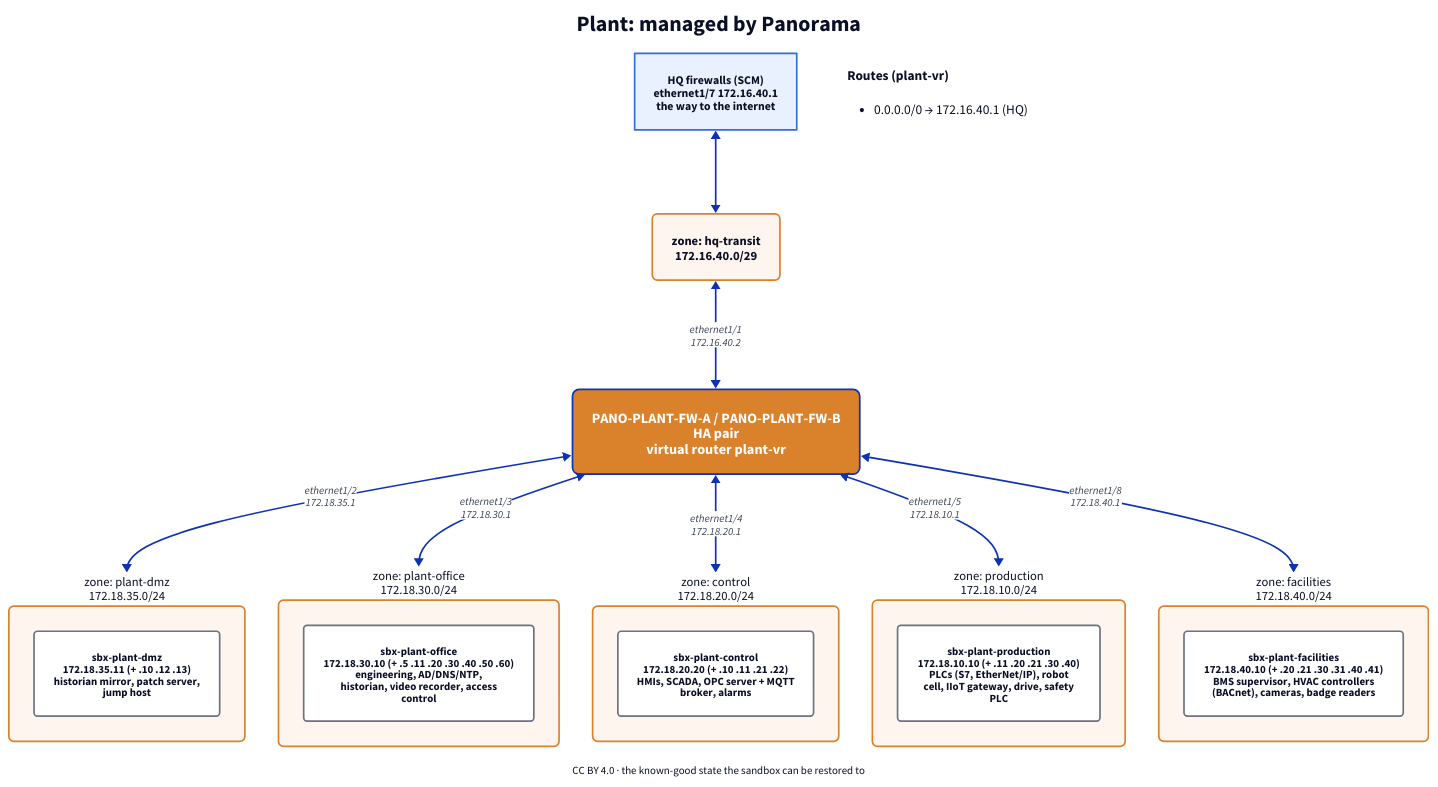
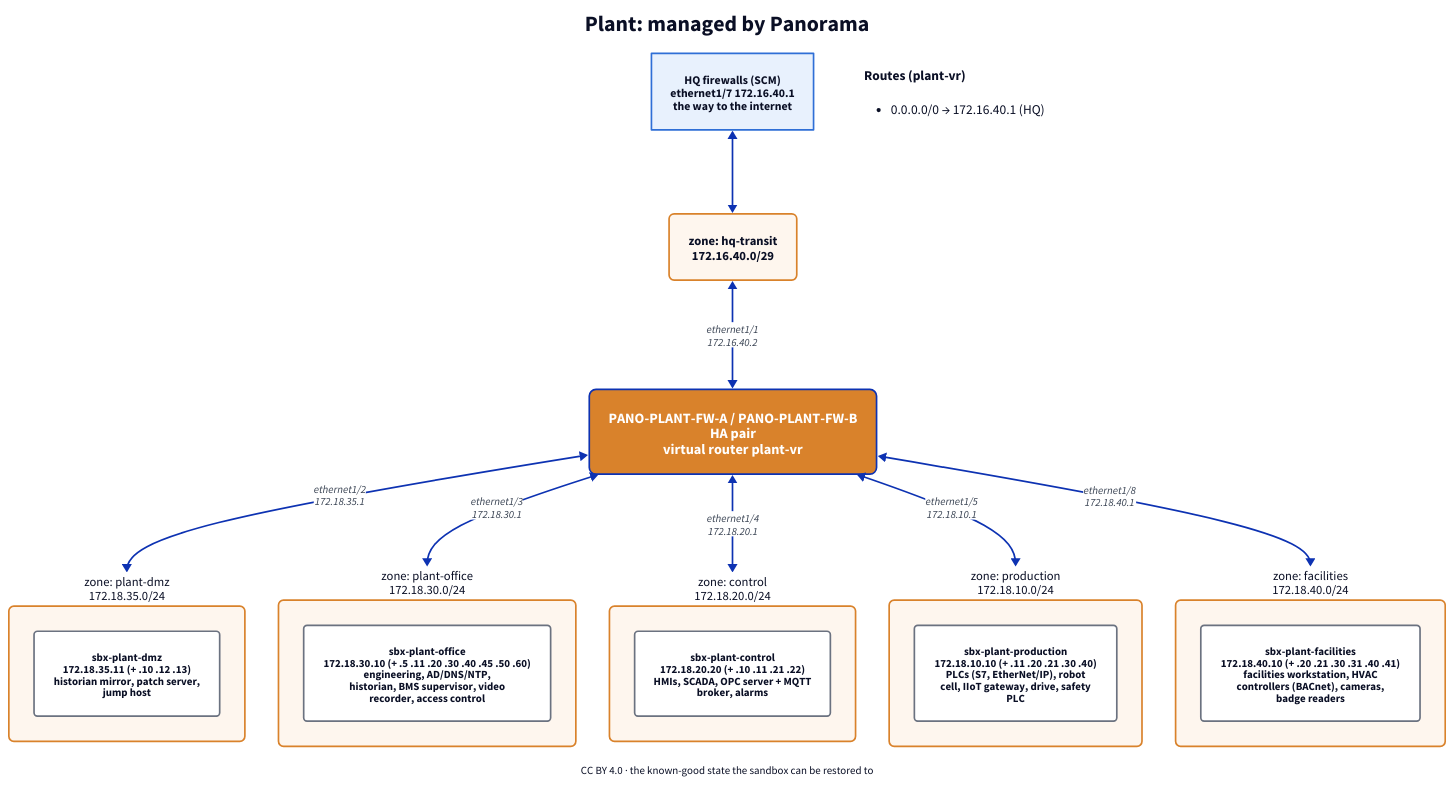
The diagram in drawings/plant.d2 (gegrsyn/SCMPro-Sandbox), drawn with D2 before and after one commit. The commit also changed 2 other files, not shown here.

Commit message:
Current handout v1.4; Plant drawing: BMS supervisor in the plant office, facilities workstation

```diff
--- a/drawings/plant.d2
+++ b/drawings/plant.d2
@@ -1,49 +1,49 @@
 direction: down
 classes: {
   fw-scm: {style: {fill: "#2f6fd6"; font-color: "#ffffff"; font-size: 17; bold: true; border-radius: 8}}
   fw-pano: {style: {fill: "#d9822b"; font-color: "#ffffff"; font-size: 17; bold: true; border-radius: 8}}
   zone-scm: {style: {fill: "#eef4fd"; stroke: "#2f6fd6"; border-radius: 6; font-size: 15}}
   zone-pano: {style: {fill: "#fef6ee"; stroke: "#d9822b"; border-radius: 6; font-size: 15}}
   host: {style: {fill: "#ffffff"; stroke: "#6b7280"; font-size: 13; border-radius: 4}}
   site-scm: {style: {fill: "#e8f1fd"; stroke: "#2f6fd6"; font-size: 14}}
   site-pano: {style: {fill: "#fdf1e6"; stroke: "#d9822b"; font-size: 14}}
   link: {style: {font-size: 13; font-color: "#374151"}}
   vpn: {style: {stroke: "#7c3aed"; stroke-dash: 3; font-size: 13}}
 }
 title: "Plant: managed by Panorama" {near: top-center; shape: text; style: {font-size: 26; bold: true}}
 
 fw: "PANO-PLANT-FW-A / PANO-PLANT-FW-B\nHA pair\nvirtual router plant-vr" {class: fw-pano}
 up: "HQ firewalls (SCM)\nethernet1/7 172.16.40.1\nthe way to the internet" {class: site-scm}
 hq-transit: "zone: hq-transit\n172.16.40.0/29" {class: zone-pano}
 up <-> hq-transit
 hq-transit <-> fw: "ethernet1/1\n172.16.40.2" {class: link}
 plant-dmz: "zone: plant-dmz\n172.18.35.0/24" {
   class: zone-pano
   sbx-plant-dmz: "sbx-plant-dmz\n172.18.35.11  (+ .10 .12 .13)\nhistorian mirror, patch server,\njump host" {class: host}
 }
 fw <-> plant-dmz: "ethernet1/2\n172.18.35.1" {class: link}
 plant-office: "zone: plant-office\n172.18.30.0/24" {
   class: zone-pano
-  sbx-plant-office: "sbx-plant-office\n172.18.30.10  (+ .5 .11 .20 .30 .40 .50 .60)\nengineering, AD/DNS/NTP,\nhistorian, video recorder, access\ncontrol" {class: host}
+  sbx-plant-office: "sbx-plant-office\n172.18.30.10  (+ .5 .11 .20 .30 .40 .45 .50 .60)\nengineering, AD/DNS/NTP,\nhistorian, BMS supervisor, video\nrecorder, access control" {class: host}
 }
 fw <-> plant-office: "ethernet1/3\n172.18.30.1" {class: link}
 control: "zone: control\n172.18.20.0/24" {
   class: zone-pano
   sbx-plant-control: "sbx-plant-control\n172.18.20.20  (+ .10 .11 .21 .22)\nHMIs, SCADA, OPC server + MQTT\nbroker, alarms" {class: host}
 }
 fw <-> control: "ethernet1/4\n172.18.20.1" {class: link}
 production: "zone: production\n172.18.10.0/24" {
   class: zone-pano
   sbx-plant-production: "sbx-plant-production\n172.18.10.10  (+ .11 .20 .21 .30 .40)\nPLCs (S7, EtherNet/IP), robot\ncell, IIoT gateway, drive, safety\nPLC" {class: host}
 }
 fw <-> production: "ethernet1/5\n172.18.10.1" {class: link}
 facilities: "zone: facilities\n172.18.40.0/24" {
   class: zone-pano
-  sbx-plant-facilities: "sbx-plant-facilities\n172.18.40.10  (+ .20 .21 .30 .31 .40 .41)\nBMS supervisor, HVAC controllers\n(BACnet), cameras, badge readers" {class: host}
+  sbx-plant-facilities: "sbx-plant-facilities\n172.18.40.10  (+ .20 .21 .30 .31 .40 .41)\nfacilities workstation, HVAC\ncontrollers (BACnet), cameras,\nbadge readers" {class: host}
 }
 fw <-> facilities: "ethernet1/8\n172.18.40.1" {class: link}
 routes: |md
   **Routes (plant-vr)**
   - 0.0.0.0/0 → 172.16.40.1 (HQ)
 |
 foot: "CC BY 4.0 · the known-good state the sandbox can be restored to" {shape: text; near: bottom-center; style.font-size: 13}
```
